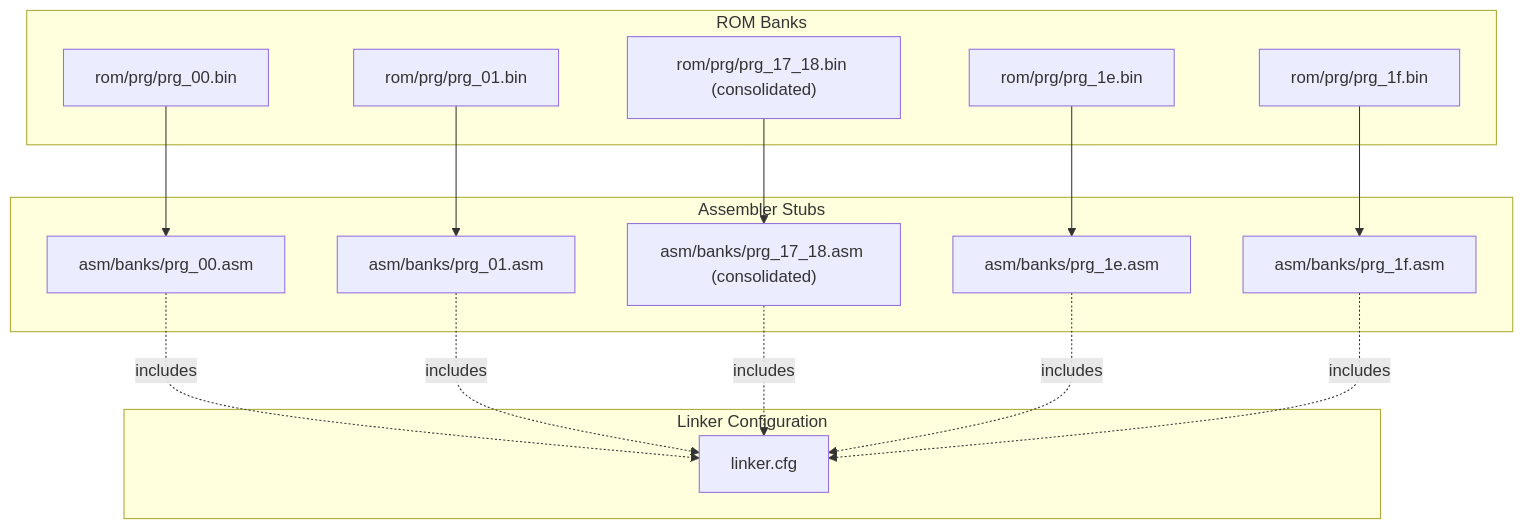
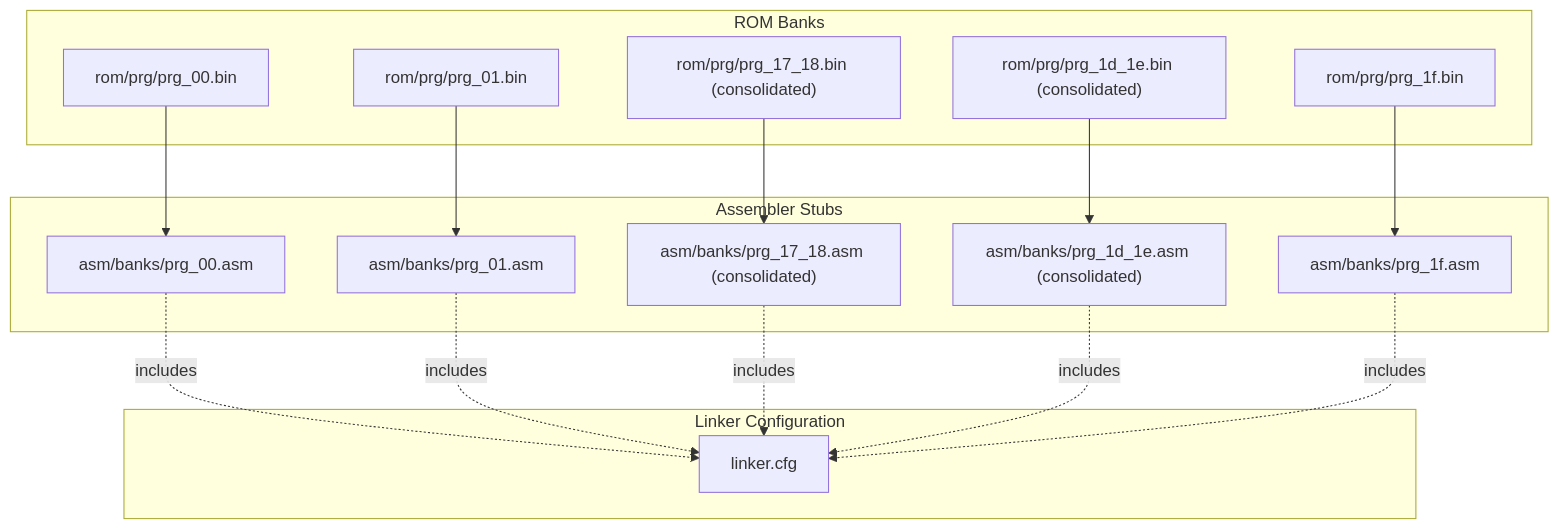
One commit to rabbyzero/sango2dasm changed the first of 3 diagrams in .qoder/repowiki/en/content/Assembly Architecture/Bank Organization and Memory Layout.md. Above: the diagram before and after it, drawn with Mermaid. The commit also changed other lines of this file and 15 other files, not shown here.

````diff
--- a/.qoder/repowiki/en/content/Assembly Architecture/Bank Organization and Memory Layout.md
+++ b/.qoder/repowiki/en/content/Assembly Architecture/Bank Organization and Memory Layout.md
@@ -46,30 +48,30 @@
 ```mermaid
 graph TB
 subgraph "ROM Banks"
 B00["rom/prg/prg_00.bin"]
 B01["rom/prg/prg_01.bin"]
 B17_18["rom/prg/prg_17_18.bin (consolidated)"]
-B1E["rom/prg/prg_1e.bin"]
+B1D_1E["rom/prg/prg_1d_1e.bin (consolidated)"]
 B1F["rom/prg/prg_1f.bin"]
 end
 subgraph "Assembler Stubs"
 S00["asm/banks/prg_00.asm"]
 S01["asm/banks/prg_01.asm"]
 S17_18["asm/banks/prg_17_18.asm (consolidated)"]
-S1E["asm/banks/prg_1e.asm"]
+S1D_1E["asm/banks/prg_1d_1e.asm (consolidated)"]
 S1F["asm/banks/prg_1f.asm"]
 end
 subgraph "Linker Configuration"
 CFG["linker.cfg"]
 end
 B00 --> S00
 B01 --> S01
 B17_18 --> S17_18
-B1E --> S1E
+B1D_1E --> S1D_1E
 B1F --> S1F
 S00 -. includes .-> CFG
 S01 -. includes .-> CFG
 S17_18 -. includes .-> CFG
-S1E -. includes .-> CFG
+S1D_1E -. includes .-> CFG
 S1F -. includes .-> CFG
 ```
````
